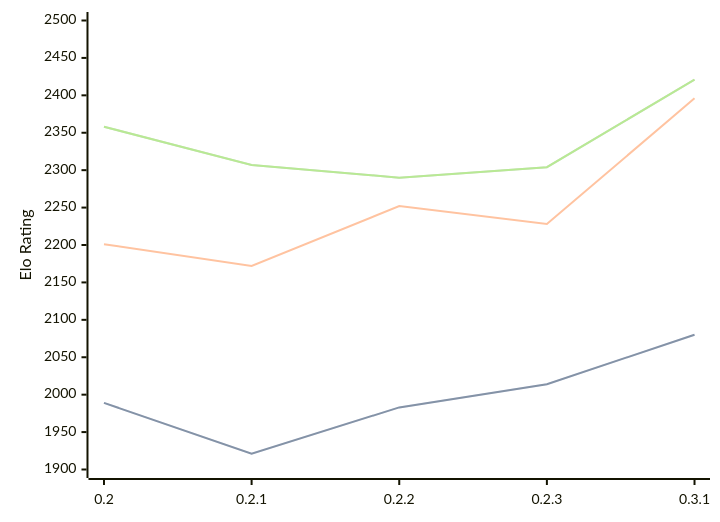
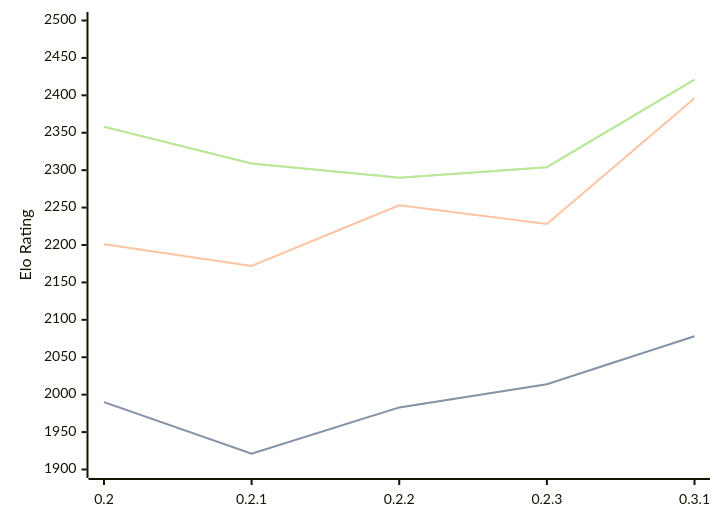
Before and after one commit to computer-chess-index/cci: the diagram in engines/Lolbot.md, drawn with Mermaid. The commit also changed other lines of this file, not shown here.

Commit message:
Update CCI Ratings (ELO VLTC) - 2026-08-17

````diff
--- a/engines/Lolbot.md
+++ b/engines/Lolbot.md
@@ -35,11 +35,11 @@
 ```mermaid
 %%{init: {"theme":"base","themeVariables":{"seriesColors:['#a3a3a3','#222221','#faa371']}}}%%
 xychart-beta
   x-axis ["0.2", "0.2.1", "0.2.2", "0.2.3", "0.3.1"]
   y-axis "Elo Rating" 1900 --> 2500
-  line "STC (8.0+0.08s)" [1989, 1921, 1983, 2014, 2080]
-  line "STC (8.0+0.08s)" [1989, 1921, 1983, 2014, 2080]
-  line "LTC (60.0+0.60s)" [2201, 2172, 2252, 2228, 2396]
-  line "VLTC (2m24s+1.12s)" [2358, 2307, 2290, 2304, 2421]
-  line "VLTC (2m24s+1.12s)" [2358, 2307, 2290, 2304, 2421]
+  line "STC (8.0+0.08s)" [1990, 1921, 1983, 2014, 2078]
+  line "STC (8.0+0.08s)" [1990, 1921, 1983, 2014, 2078]
+  line "LTC (60.0+0.60s)" [2201, 2172, 2253, 2228, 2396]
+  line "VLTC (2m24s+1.12s)" [2358, 2309, 2290, 2304, 2421]
+  line "VLTC (2m24s+1.12s)" [2358, 2309, 2290, 2304, 2421]
 ```
````
